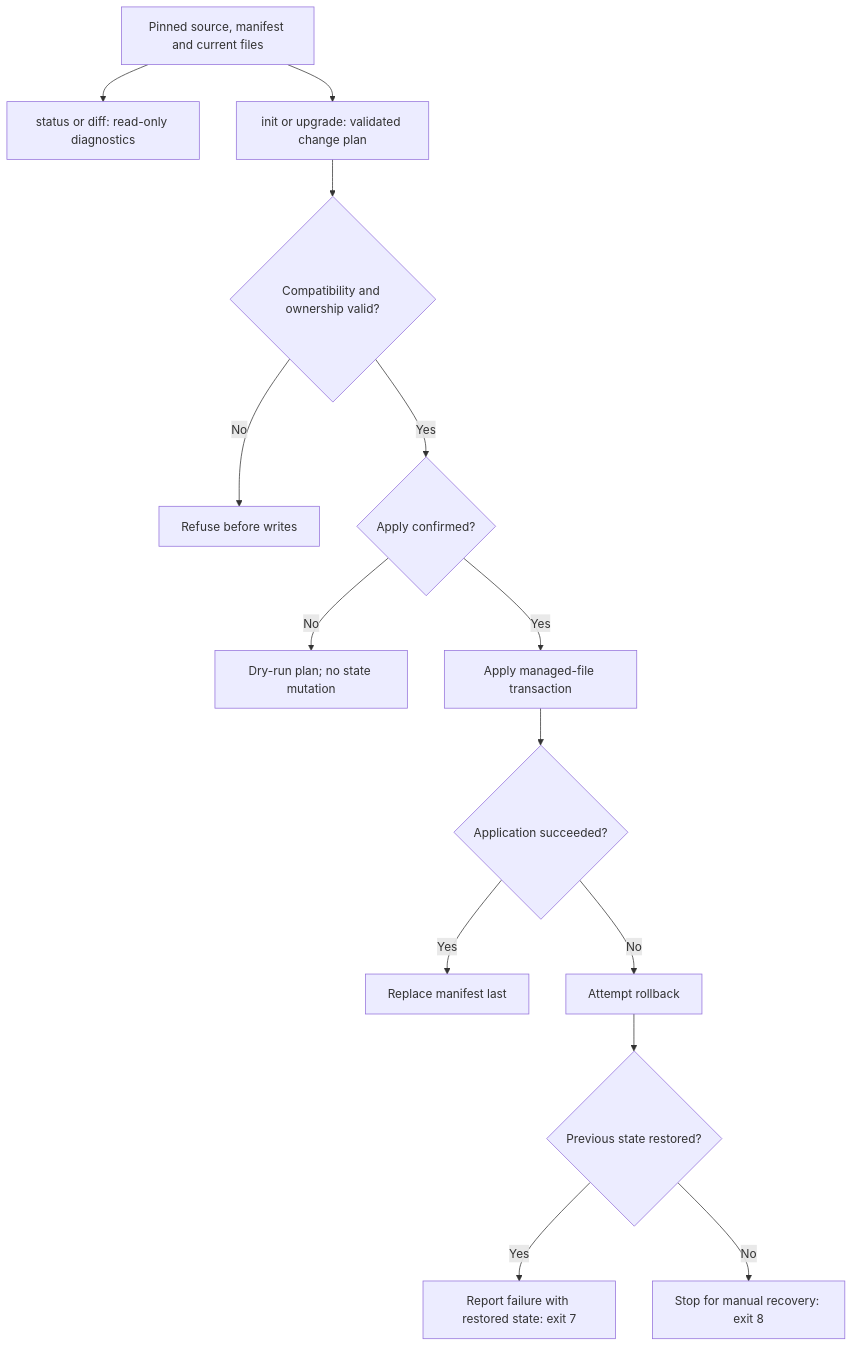
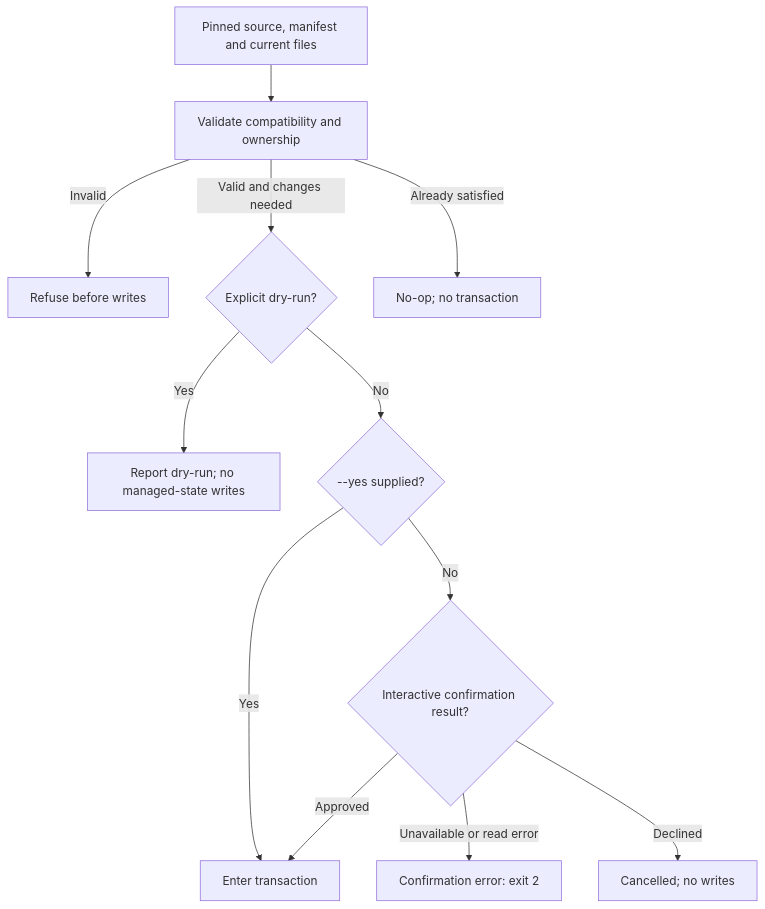
One commit to Soku-JINSEOK/Soku-Convention-Boilerplate changed the first of 2 diagrams in docs/standards/SOKU_LIFECYCLE.md. Above: the diagram before and after it, drawn with Mermaid. The commit also changed other lines of this file and 30 other files, not shown here.

First line of the commit message:
📚 docs(diagrams): align English views with implemented behavior

````diff
--- a/docs/standards/SOKU_LIFECYCLE.md
+++ b/docs/standards/SOKU_LIFECYCLE.md
@@ -9,16 +9,14 @@
 ```mermaid
 flowchart TD
-  inputs["Pinned source, manifest and current files"] --> read["status or diff: read-only diagnostics"]
-  inputs --> plan["init or upgrade: validated change plan"]
-  plan --> safe{"Compatibility and ownership valid?"}
-  safe -->|"No"| refuse["Refuse before writes"]
-  safe -->|"Yes"| approved{"Apply confirmed?"}
-  approved -->|"No"| preview["Dry-run plan; no state mutation"]
-  approved -->|"Yes"| transaction["Apply managed-file transaction"]
-  transaction --> ok{"Application succeeded?"}
-  ok -->|"Yes"| manifest["Replace manifest last"]
-  ok -->|"No"| rollback["Attempt rollback"]
-  rollback --> restored{"Previous state restored?"}
-  restored -->|"Yes"| exitSeven["Report failure with restored state: exit 7"]
-  restored -->|"No"| exitEight["Stop for manual recovery: exit 8"]
+  inputs["Pinned source, manifest and current files"] --> plan["Validate compatibility and ownership"]
+  plan -->|"Invalid"| refuse["Refuse before writes"]
+  plan -->|"Valid and changes needed"| dry{"Explicit dry-run?"}
+  plan -->|"Already satisfied"| noop["No-op; no transaction"]
+  dry -->|"Yes"| preview["Report dry-run; no managed-state writes"]
+  dry -->|"No"| yes{"--yes supplied?"}
+  yes -->|"Yes"| apply["Enter transaction"]
+  yes -->|"No"| confirm{"Interactive confirmation result?"}
+  confirm -->|"Unavailable or read error"| errorNode["Confirmation error: exit 2"]
+  confirm -->|"Declined"| cancel["Cancelled; no writes"]
+  confirm -->|"Approved"| apply
 ```
````
